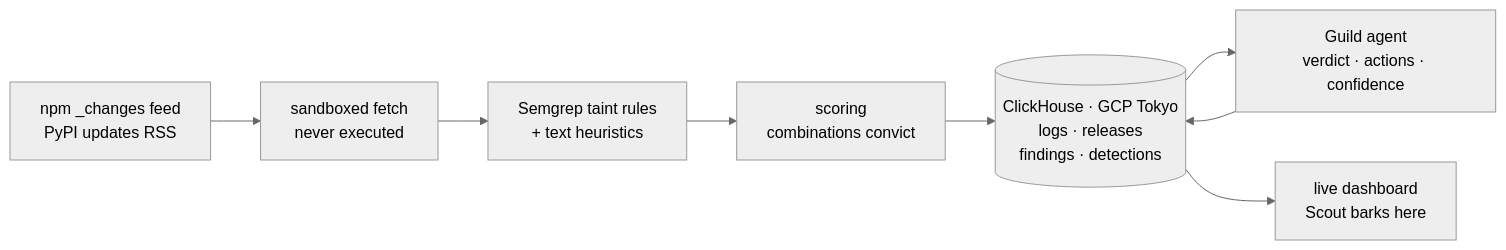
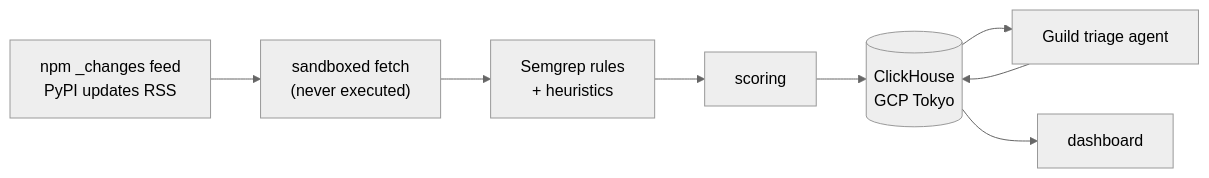
Before and after one commit to chinesepowered/hack-cyber: the diagram in README.md, drawn with Mermaid (neutral theme). The commit also changed other lines of this file, not shown here.

````diff
--- a/README.md
+++ b/README.md
@@ -58,10 +52,10 @@
 ```mermaid
 flowchart LR
-  A["npm _changes feed<br/>PyPI updates RSS"] --> B["sandboxed fetch<br/>never executed"]
-  B --> C["Semgrep taint rules<br/>+ text heuristics"]
-  C --> D["scoring<br/>combinations convict"]
-  D --> E[("ClickHouse · GCP Tokyo<br/>logs · releases<br/>findings · detections")]
-  E --> F["Guild agent<br/>verdict · actions · confidence"]
+  A["npm _changes feed<br/>PyPI updates RSS"] --> B["sandboxed fetch<br/>(never executed)"]
+  B --> C["Semgrep rules<br/>+ heuristics"]
+  C --> D["scoring"]
+  D --> E[("ClickHouse<br/>GCP Tokyo")]
+  E --> F["Guild triage agent"]
   F --> E
-  E --> G["live dashboard<br/>Scout barks here"]
+  E --> G["dashboard"]
 ```
````
